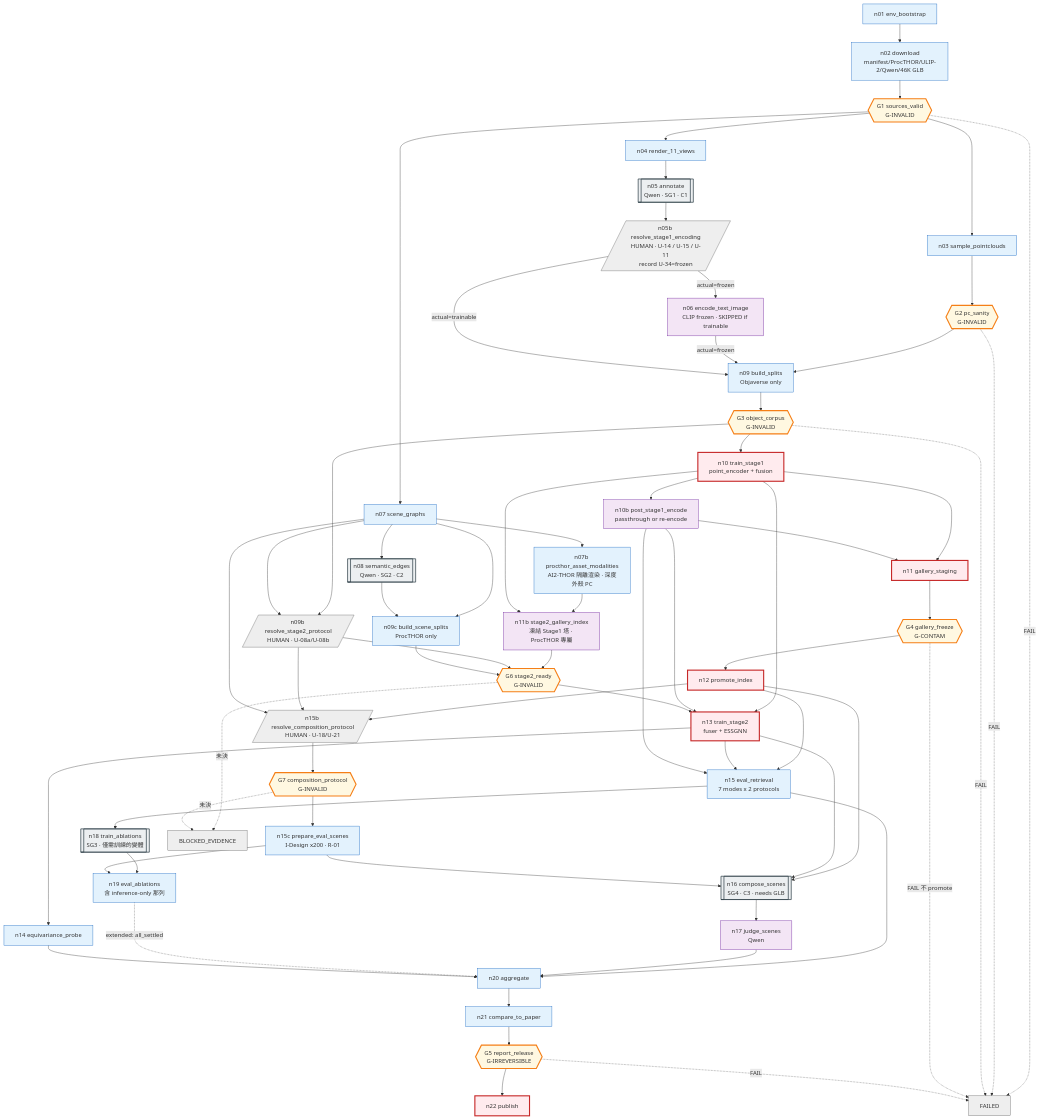
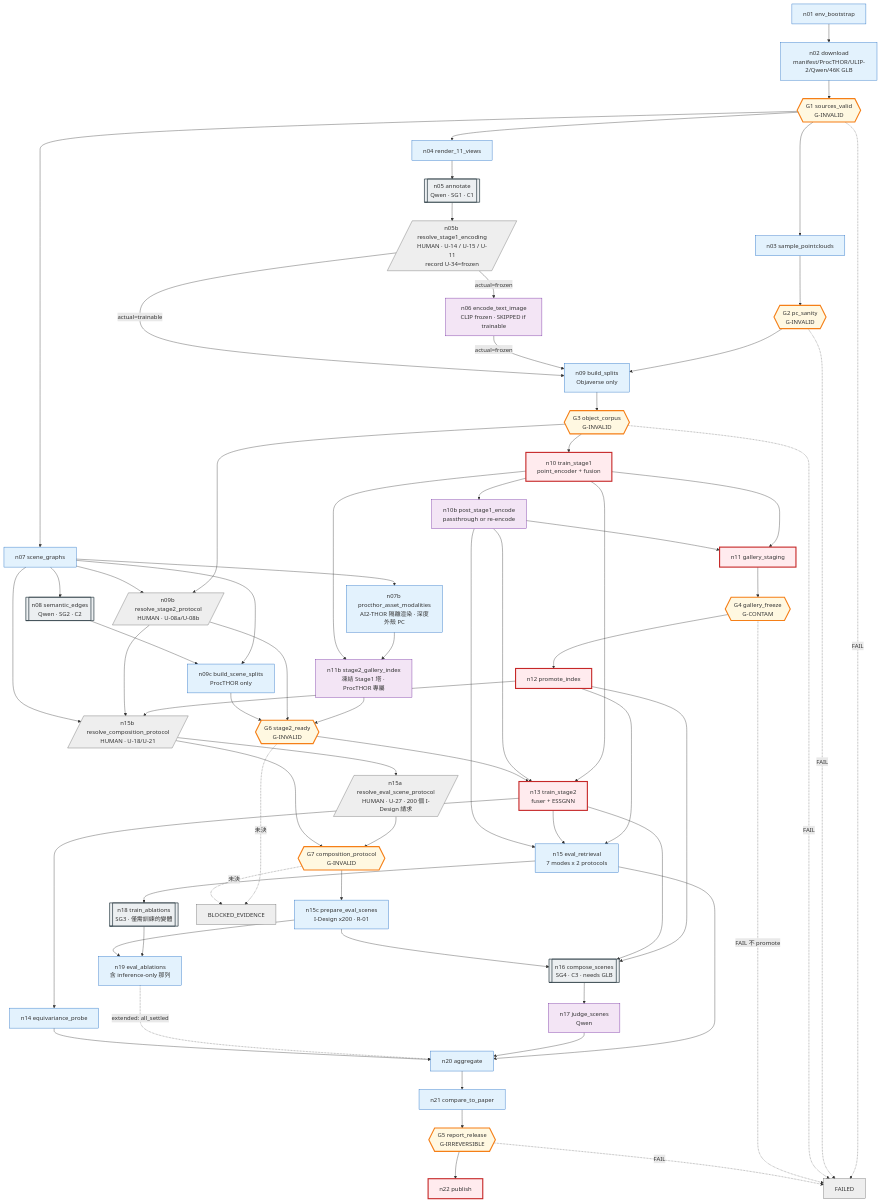
One commit to Kyzen5128/MetaFindV1 changed the diagram in docs/graph/01_GRAPH_SPEC.md. Above: the diagram before and after it, drawn with Mermaid. The commit also changed other lines of this file and 5 other files, not shown here.

````diff
--- a/docs/graph/01_GRAPH_SPEC.md
+++ b/docs/graph/01_GRAPH_SPEC.md
@@ -454,76 +455,78 @@
 ```mermaid
 graph TD
   classDef compute  fill:#e3f2fd,stroke:#1565c0
   classDef model    fill:#f3e5f5,stroke:#6a1b9a
   classDef mutate   fill:#ffebee,stroke:#c62828,stroke-width:3px
   classDef gate     fill:#fff8e1,stroke:#f57f17,stroke-width:3px
   classDef sub      fill:#eceff1,stroke:#37474f,stroke-width:2px
   classDef term     fill:#eeeeee,stroke:#616161
 
   n01[n01 env_bootstrap]:::compute --> n02[n02 download<br/>manifest/ProcTHOR/ULIP-2/Qwen/46K GLB]:::compute
   n02 --> G1{{G1 sources_valid<br/>G-INVALID}}:::gate
   G1 --> n03[n03 sample_pointclouds]:::compute
   G1 --> n04[n04 render_11_views]:::compute
   G1 --> n07[n07 scene_graphs]:::compute
   n03 --> G2{{G2 pc_sanity<br/>G-INVALID}}:::gate
   n04 --> n05[[n05 annotate<br/>Qwen · SG1 · C1]]:::sub
   n07 --> n08[[n08 semantic_edges<br/>Qwen · SG2 · C2]]:::sub
   n07 --> n07b[n07b procthor_asset_modalities<br/>AI2-THOR 隔離渲染 · 深度外殼 PC]:::compute
   n07b --> n11b[n11b stage2_gallery_index<br/>凍結 Stage1 塔 · ProcTHOR 專屬]:::model
   n10 --> n11b
   n11b --> G6
   G2 --> n09[n09 build_splits<br/>Objaverse only]:::compute
   n05 --> n05b[/n05b resolve_stage1_encoding<br/>HUMAN · U-14 / U-15 / U-11<br/>record U-34=frozen/]:::term
   n05b -->|actual=frozen| n06[n06 encode_text_image<br/>CLIP frozen · SKIPPED if trainable]:::model
   n06 -->|actual=frozen| n09
   n05b -->|actual=trainable| n09
   n07 --> n09c[n09c build_scene_splits<br/>ProcTHOR only]:::compute
   n08 --> n09c
   n09 --> G3{{G3 object_corpus<br/>G-INVALID}}:::gate
   G3 --> n10[n10 train_stage1<br/>point_encoder + fusion]:::mutate
   G3 --> n09b[/n09b resolve_stage2_protocol<br/>HUMAN · U-08a/U-08b/]:::term
   n07 --> n09b
   n09b --> G6{{G6 stage2_ready<br/>G-INVALID}}:::gate
   n09c --> G6
   n10 --> n10b[n10b post_stage1_encode<br/>passthrough or re-encode]:::model
   n10 --> n11[n11 gallery_staging]:::mutate
   n10b --> n11
   n11 --> G4{{G4 gallery_freeze<br/>G-CONTAM}}:::gate
   G4 --> n12[n12 promote_index]:::mutate
   n10 --> n13[n13 train_stage2<br/>fuser + ESSGNN]:::mutate
   n10b --> n13
   G6 --> n13
   n13 --> n14[n14 equivariance_probe]:::compute
   n12 --> n15[n15 eval_retrieval<br/>7 modes x 2 protocols]:::compute
   n13 --> n15
   n10b --> n15
   n12 --> n15b[/n15b resolve_composition_protocol<br/>HUMAN · U-18/U-21/]:::term
   n09b --> n15b
   n07 --> n15b
+  n15b --> n15a[/n15a resolve_eval_scene_protocol<br/>HUMAN · U-27 · 200 個 I-Design 請求/]:::term
+  n15a --> G7
   n15b --> G7{{G7 composition_protocol<br/>G-INVALID}}:::gate
   G7 --> n15c[n15c prepare_eval_scenes<br/>I-Design x200 · R-01]:::compute
   n12 --> n16[[n16 compose_scenes<br/>SG4 · C3 · needs GLB]]:::sub
   n13 --> n16
   n15c --> n16
   n16 --> n17[n17 judge_scenes<br/>Qwen]:::model
   n15 --> n18[[n18 train_ablations<br/>SG3 · 僅需訓練的變體]]:::sub
   n18 --> n19[n19 eval_ablations<br/>含 inference-only 那列]:::compute
   n15c --> n19
   n15 --> n20[n20 aggregate]:::compute
   n17 --> n20
   n19 -.->|extended: all_settled| n20
   n14 --> n20
   n20 --> n21[n21 compare_to_paper]:::compute
   n21 --> G5{{G5 report_release<br/>G-IRREVERSIBLE}}:::gate
   G5 --> n22[n22 publish]:::mutate
 
   HALT[FAILED]:::term
   BLOCK[BLOCKED_EVIDENCE]:::term
   G1 -.->|FAIL| HALT
   G2 -.->|FAIL| HALT
   G3 -.->|FAIL| HALT
   G4 -.->|FAIL 不 promote| HALT
   G5 -.->|FAIL| HALT
   G6 -.->|未決| BLOCK
   G7 -.->|未決| BLOCK
 ```
````
